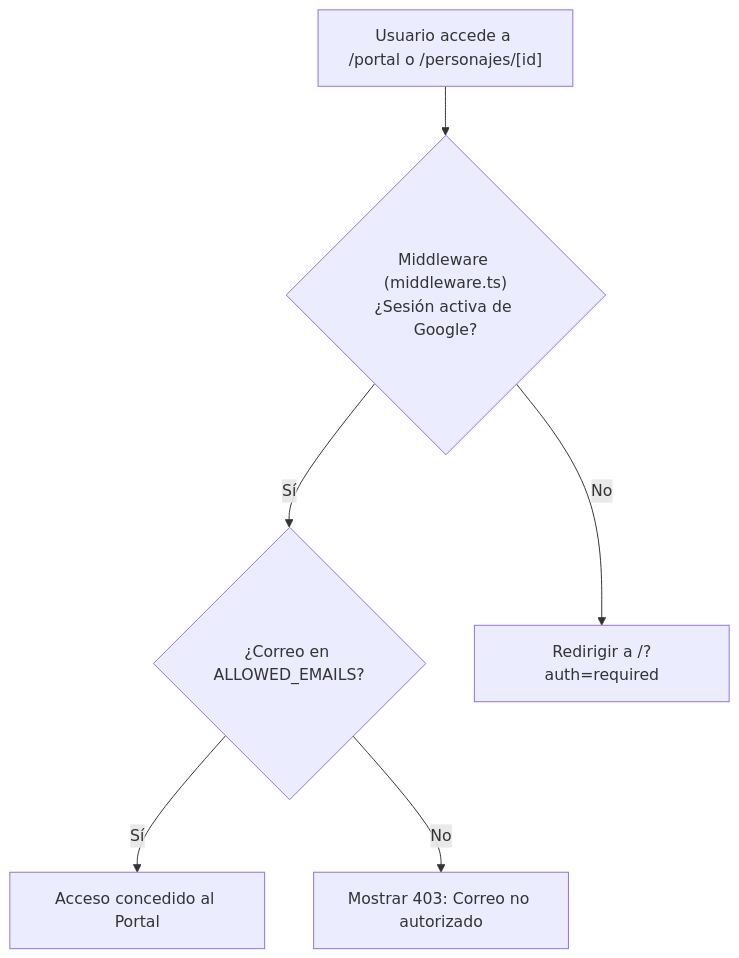
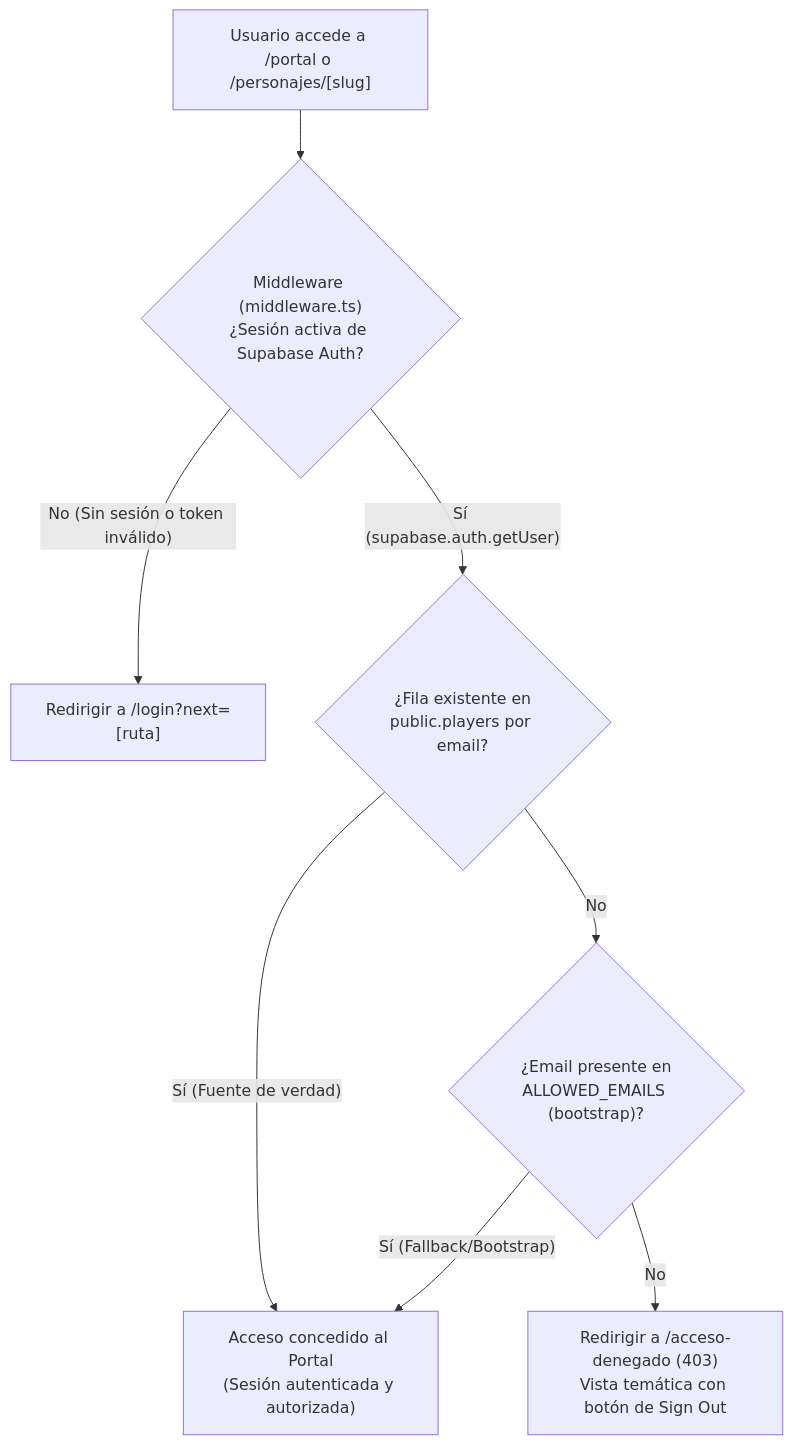
Before and after one commit to williamatr/SegadoresDnD: the first of 2 diagrams in docs/architecture/04-security-and-roles.md, drawn with Mermaid. The commit also changed other lines of this file and 114 other files, not shown here.

First line of the commit message:
feat: motor de subida de nivel con vista previa, regla multiclase al 50% y gobernanza de tests

````diff
--- a/docs/architecture/04-security-and-roles.md
+++ b/docs/architecture/04-security-and-roles.md
@@ -9,15 +9,18 @@
 ```mermaid
 flowchart TD
-    REQ["Usuario accede a /portal o /personajes/[id]"]
-    MW{"Middleware (middleware.ts)\n¿Sesión activa de Google?"}
-    WHITE{"¿Correo en ALLOWED_EMAILS?"}
-    GRANT["Acceso concedido al Portal"]
-    REDIRECT_LOGIN["Redirigir a /?auth=required"]
-    DENY_403["Mostrar 403: Correo no autorizado"]
+    REQ["Usuario accede a /portal o /personajes/[slug]"]
+    MW{"Middleware (middleware.ts)\n¿Sesión activa de Supabase Auth?"}
+    LOGIN["Redirigir a /login?next=[ruta]"]
+    CHECK_DB{"¿Fila existente en\npublic.players por email?"}
+    CHECK_ENV{"¿Email presente en\nALLOWED_EMAILS (bootstrap)?"}
+    GRANT["Acceso concedido al Portal\n(Sesión autenticada y autorizada)"]
+    DENY_403["Redirigir a /acceso-denegado (403)\nVista temática con botón de Sign Out"]
 
     REQ --> MW
-    MW -- No --> REDIRECT_LOGIN
-    MW -- Sí --> WHITE
-    WHITE -- Sí --> GRANT
-    WHITE -- No --> DENY_403
+    MW -- No (Sin sesión o token inválido) --> LOGIN
+    MW -- Sí (supabase.auth.getUser) --> CHECK_DB
+    CHECK_DB -- Sí (Fuente de verdad) --> GRANT
+    CHECK_DB -- No --> CHECK_ENV
+    CHECK_ENV -- Sí (Fallback/Bootstrap) --> GRANT
+    CHECK_ENV -- No --> DENY_403
 ```
````
